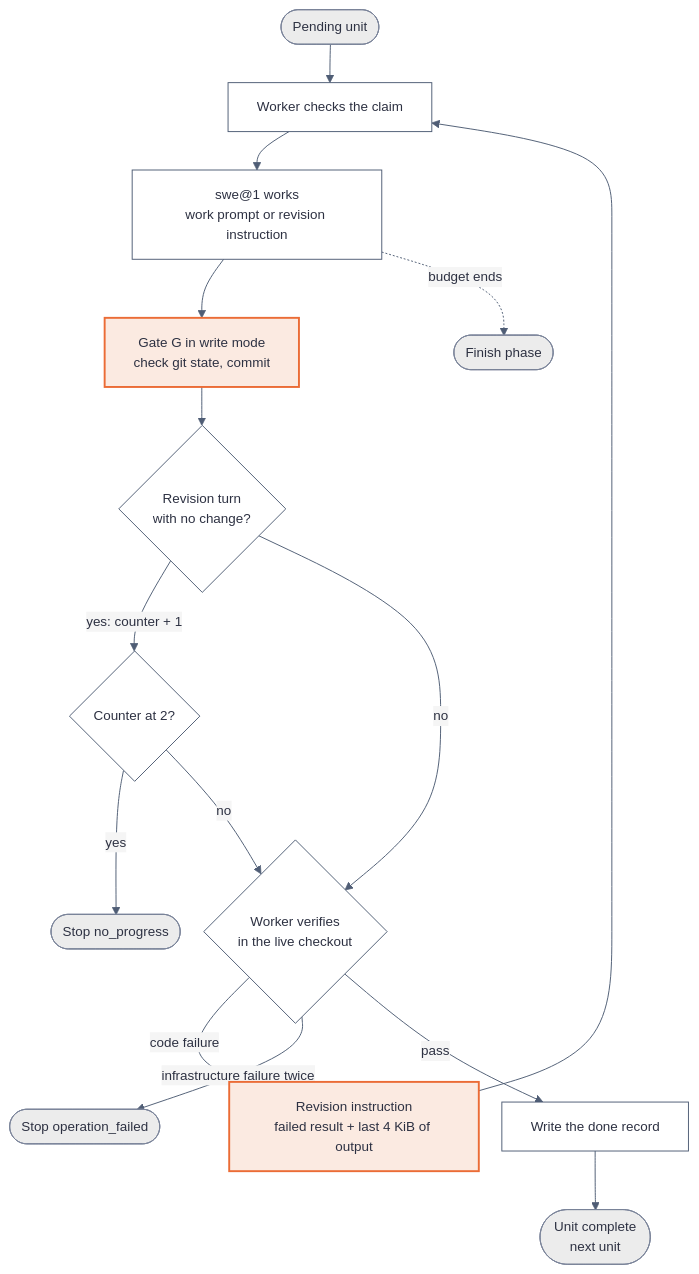
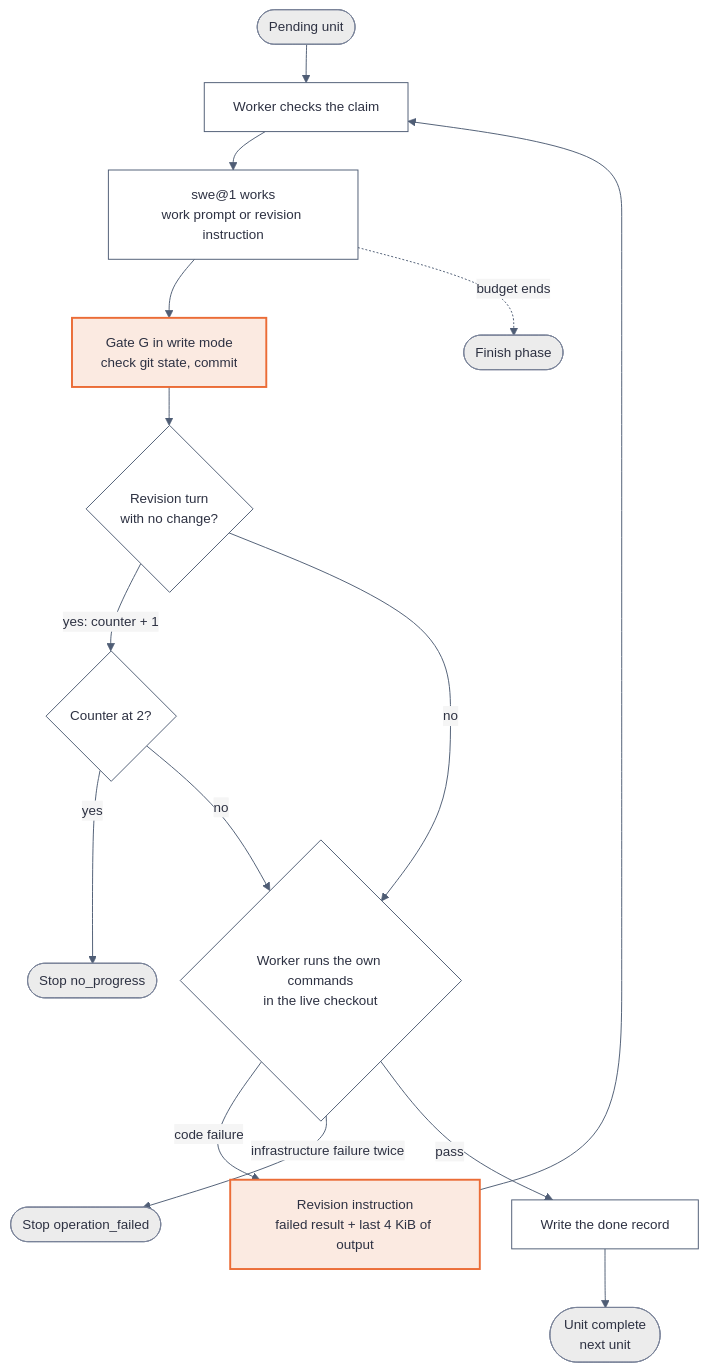
One commit to kanthorlabs/kanthord changed the second of 3 diagrams in docs/explanation/coder-worker.md. Above: the diagram before and after it, drawn with Mermaid. The commit also changed other lines of this file and 4 other files, not shown here.

Commit message:
docs(worker): state the own commands, the result copy and the memo in the explanation pages

````diff
--- a/docs/explanation/coder-worker.md
+++ b/docs/explanation/coder-worker.md
@@ -262,22 +262,22 @@
 ```mermaid
 %%{init: {"theme": "base", "themeVariables": {"background": "#f5f5f5", "primaryColor": "#ffffff", "primaryTextColor": "#2d3142", "primaryBorderColor": "#4f5d75", "secondaryColor": "#ececec", "tertiaryColor": "#f5f5f5", "lineColor": "#4f5d75", "edgeLabelBackground": "#f5f5f5", "fontFamily": "system-ui, sans-serif", "fontSize": "14px"}, "flowchart": {"htmlLabels": true, "useMaxWidth": false, "nodeSpacing": 24, "rankSpacing": 40}}}%%
 flowchart TB
     accTitle: One unit of coder@1
-    accDescr: The worker checks the claim, swe@1 runs a work turn or a revision turn, and gate G checks the git state and commits the change. An unchanged revision turn adds one to the unchanged-turn counter, and the second one in a row stops with no_progress. The worker verifies the unit in the live checkout and restores the checkout. A code failure sends a revision instruction with the failed result and the last 4 KiB of output. An infrastructure failure on the run and its rerun stops the execution. A pass writes the done record and completes the unit. A budget end at any point ends the unit loop.
+    accDescr: The worker checks the claim, swe@1 runs a work turn or a revision turn, and gate G checks the git state and commits the change. An unchanged revision turn adds one to the unchanged-turn counter, and the second one in a row stops with no_progress. The worker runs the own commands of the unit in the live checkout and restores the checkout. A code failure sends a revision instruction with the failed result and the last 4 KiB of output. An infrastructure failure on the run and its rerun stops the execution. A pass writes the done record and completes the unit. A budget end at any point ends the unit loop.
     start(["Pending unit"]) --> check["Worker checks the claim"]
     check --> work["swe@1 works<br/>work prompt or revision instruction"]
     work --> gate["Gate G in write mode<br/>check git state, commit"]
     gate --> changed{"Revision turn<br/>with no change?"}
     changed -- "yes: counter + 1" --> limit{"Counter at 2?"}
     limit -- yes --> stop(["Stop no_progress"])
     limit -- no --> verify
-    changed -- no --> verify{"Worker verifies<br/>in the live checkout"}
+    changed -- no --> verify{"Worker runs the own commands<br/>in the live checkout"}
     verify -- "code failure" --> failed["Revision instruction<br/>failed result + last 4 KiB of output"] --> check
     verify -- "infrastructure failure twice" --> infra(["Stop operation_failed"])
     verify -- pass --> record["Write the done record"] --> done(["Unit complete<br/>next unit"])
     work -. "budget ends" .-> budget(["Finish phase"])
     classDef focal fill:#fbeae1,stroke:#eb6c36,color:#2d3142,stroke-width:2px;
     classDef outcome fill:#ececec,stroke:#7a8399,color:#2d3142;
     class gate,failed focal;
     class start,done,budget,stop,infra outcome;
 ```
````
